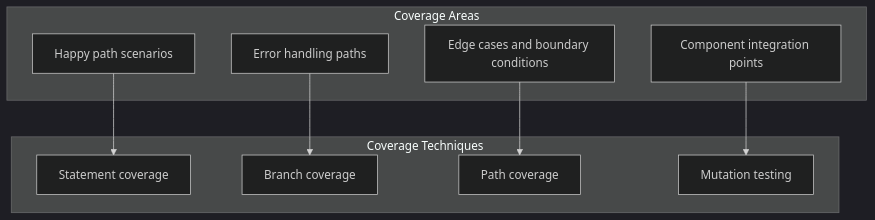
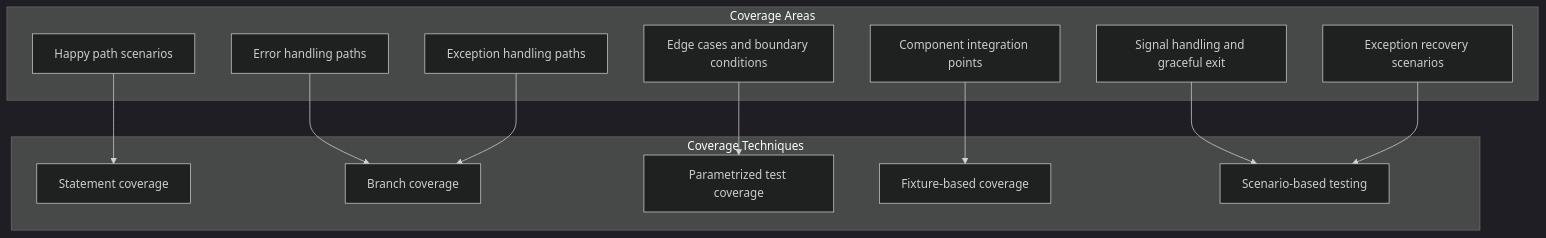
The eighth of 8 diagrams in DESIGN.md (WombatFromHell/reo-cam-archiver), drawn with Mermaid (dark theme) before and after one commit. The commit also changed other lines of this file and 4 other files, not shown here.

````diff
--- a/DESIGN.md
+++ b/DESIGN.md
@@ -313,21 +413,28 @@
 ```mermaid
 graph TB
     subgraph "Coverage Areas"
         HappyPath[Happy path scenarios]
         ErrorHandling[Error handling paths]
         EdgeCases[Edge cases and boundary conditions]
         IntegrationPoints[Component integration points]
+        ExceptionPaths[Exception handling paths]
+        SignalHandling[Signal handling and graceful exit]
+        ExceptionRecovery[Exception recovery scenarios]
     end
 
     subgraph "Coverage Techniques"
         StatementCoverage[Statement coverage]
         BranchCoverage[Branch coverage]
-        PathCoverage[Path coverage]
-        MutationTesting[Mutation testing]
+        ParametrizedCoverage[Parametrized test coverage]
+        FixtureCoverage[Fixture-based coverage]
+        ScenarioBased[Scenario-based testing]
     end
 
     HappyPath --> StatementCoverage
     ErrorHandling --> BranchCoverage
-    EdgeCases --> PathCoverage
-    IntegrationPoints --> MutationTesting
+    EdgeCases --> ParametrizedCoverage
+    IntegrationPoints --> FixtureCoverage
+    ExceptionPaths --> BranchCoverage
+    SignalHandling --> ScenarioBased
+    ExceptionRecovery --> ScenarioBased
 ```
````
